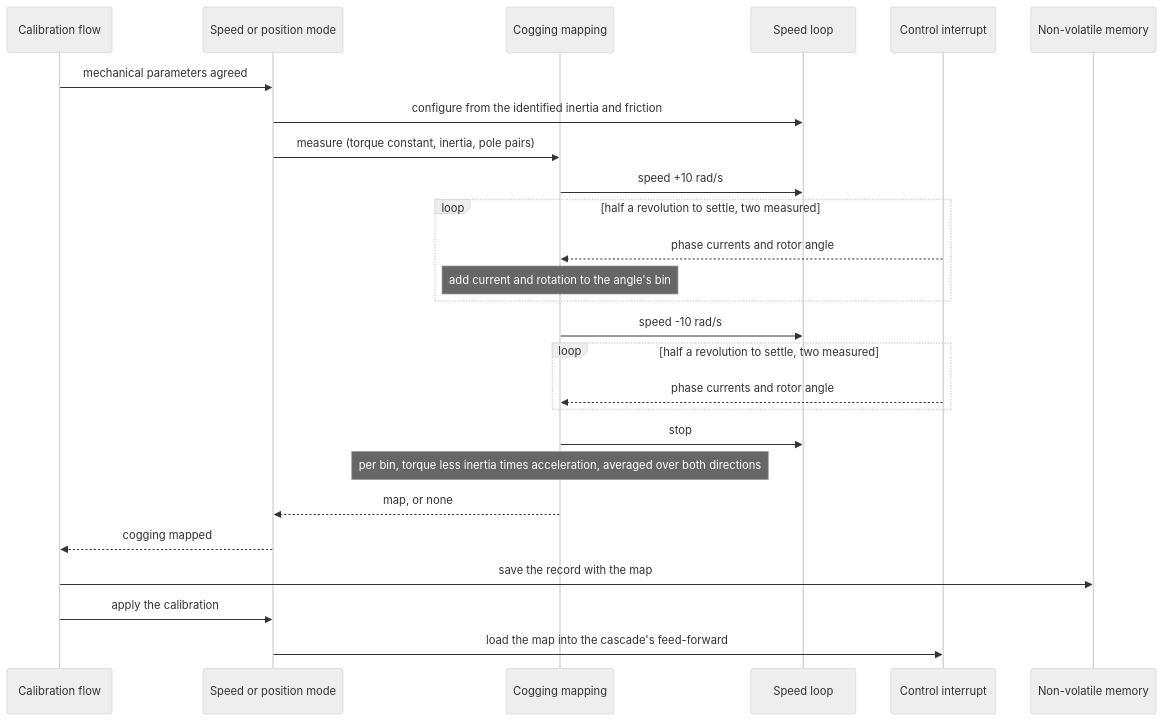
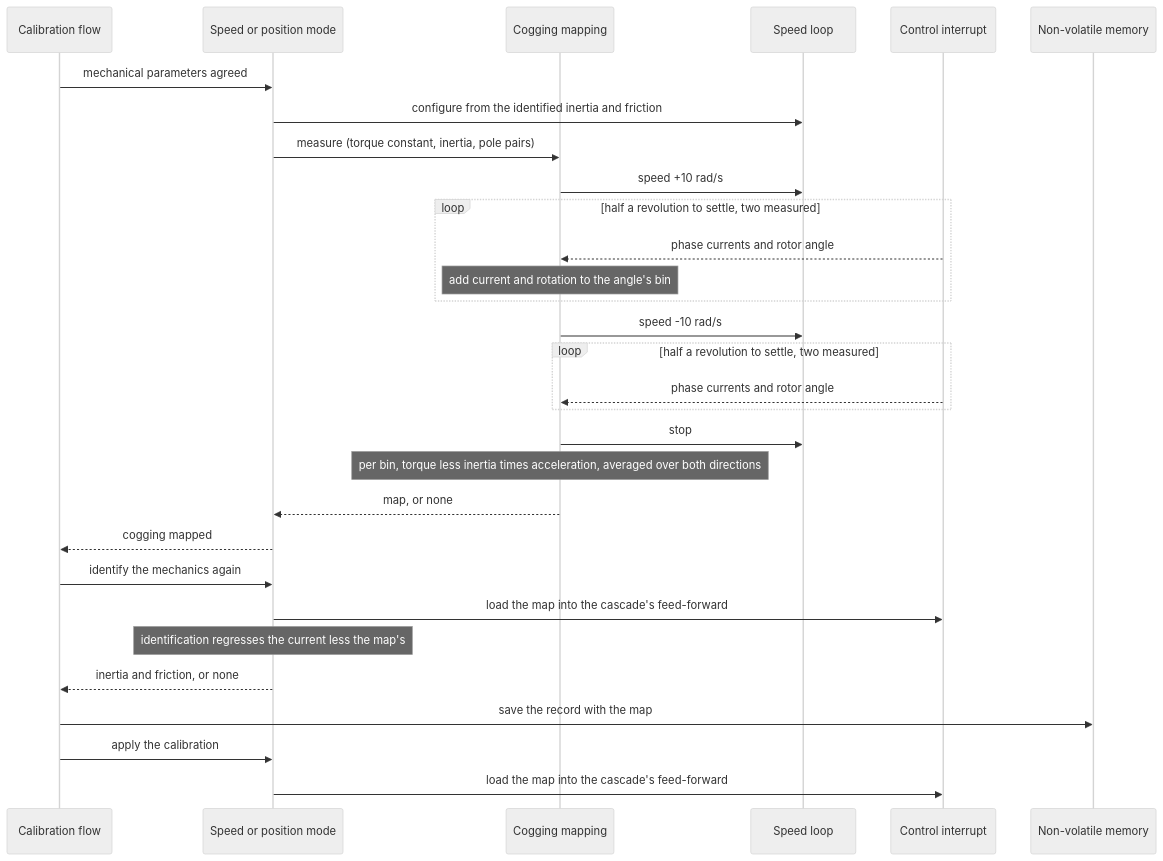
Before and after one commit to embedded-pro/e-foc: the diagram in documentation/design/service-cogging-compensation.md, drawn with Mermaid (neutral theme). The commit also changed other lines of this file and 25 other files, not shown here.

First line of the commit message:
fix(calibration): measure the mechanics again once the cogging is compensated

````diff
--- a/documentation/design/service-cogging-compensation.md
+++ b/documentation/design/service-cogging-compensation.md
@@ -139,29 +144,33 @@
 ```mermaid
 sequenceDiagram
     participant CF as Calibration flow
     participant OL as Speed or position mode
     participant CM as Cogging mapping
     participant SL as Speed loop
     participant ISR as Control interrupt
     participant NVM as Non-volatile memory
 
     CF->>OL: mechanical parameters agreed
     OL->>SL: configure from the identified inertia and friction
     OL->>CM: measure (torque constant, inertia, pole pairs)
     CM->>SL: speed +10 rad/s
     loop half a revolution to settle, two measured
         ISR-->>CM: phase currents and rotor angle
         note over CM: add current and rotation to the angle's bin
     end
     CM->>SL: speed -10 rad/s
     loop half a revolution to settle, two measured
         ISR-->>CM: phase currents and rotor angle
     end
     CM->>SL: stop
     note over CM: per bin, torque less inertia times acceleration, averaged over both directions
     CM-->>OL: map, or none
     OL-->>CF: cogging mapped
+    CF->>OL: identify the mechanics again
+    OL->>ISR: load the map into the cascade's feed-forward
+    note over OL: identification regresses the current less the map's
+    OL-->>CF: inertia and friction, or none
     CF->>NVM: save the record with the map
     CF->>OL: apply the calibration
     OL->>ISR: load the map into the cascade's feed-forward
 ```
````
